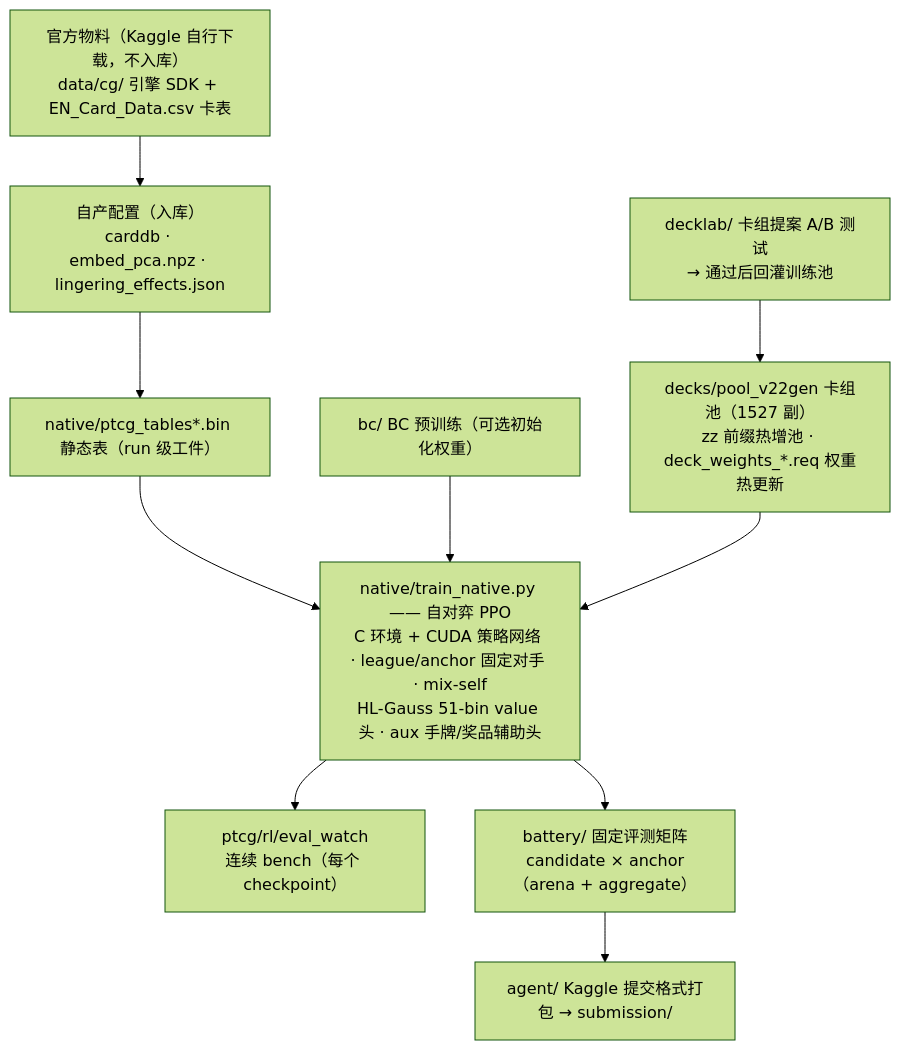
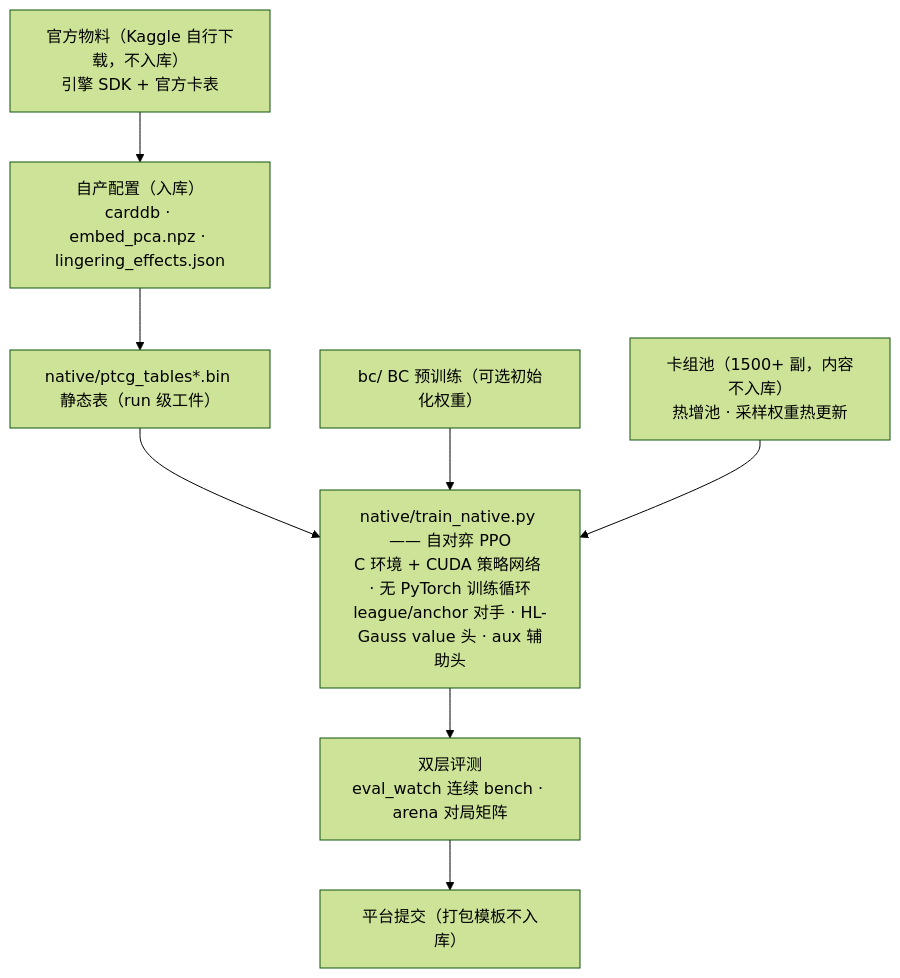
The diagram in README.md (klay-curry/Pokemon_agent), drawn with Mermaid (forest theme) before and after one commit. The commit also changed other lines of this file and 6933 other files, not shown here.

````diff
--- a/README.md
+++ b/README.md
@@ -14,20 +33,16 @@
 ```mermaid
 flowchart TB
-    ENG["官方物料（Kaggle 自行下载，不入库）<br/>data/cg/ 引擎 SDK + EN_Card_Data.csv 卡表"]
+    ENG["官方物料（Kaggle 自行下载，不入库）<br/>引擎 SDK + 官方卡表"]
     CONF["自产配置（入库）<br/>carddb · embed_pca.npz · lingering_effects.json"]
     TAB["native/ptcg_tables*.bin 静态表（run 级工件）"]
     BC["bc/ BC 预训练（可选初始化权重）"]
-    POOL["decks/pool_v22gen 卡组池（1527 副）<br/>zz 前缀热增池 · deck_weights_*.req 权重热更新"]
-    TR["native/train_native.py —— 自对弈 PPO<br/>C 环境 + CUDA 策略网络 · league/anchor 固定对手 · mix-self<br/>HL-Gauss 51-bin value 头 · aux 手牌/奖品辅助头"]
-    EW["ptcg/rl/eval_watch<br/>连续 bench（每个 checkpoint）"]
-    BAT["battery/ 固定评测矩阵<br/>candidate × anchor（arena + aggregate）"]
-    DL["decklab/ 卡组提案 A/B 测试<br/>→ 通过后回灌训练池"]
-    SUB["agent/ Kaggle 提交格式打包 → submission/"]
+    POOL["卡组池（1500+ 副，内容不入库）<br/>热增池 · 采样权重热更新"]
+    TR["native/train_native.py —— 自对弈 PPO<br/>C 环境 + CUDA 策略网络 · 无 PyTorch 训练循环<br/>league/anchor 对手 · HL-Gauss value 头 · aux 辅助头"]
+    EW["双层评测<br/>eval_watch 连续 bench · arena 对局矩阵"]
+    SUB["平台提交（打包模板不入库）"]
 
     ENG --> CONF --> TAB --> TR
     BC --> TR
     POOL --> TR
-    DL --> POOL
-    TR --> EW
-    TR --> BAT --> SUB
+    TR --> EW --> SUB
 ```
````
